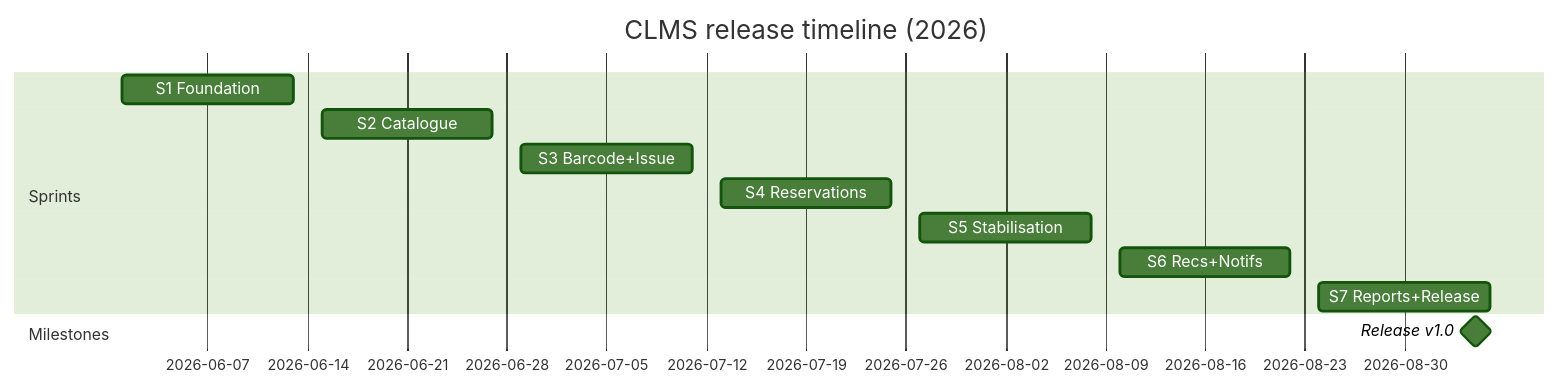
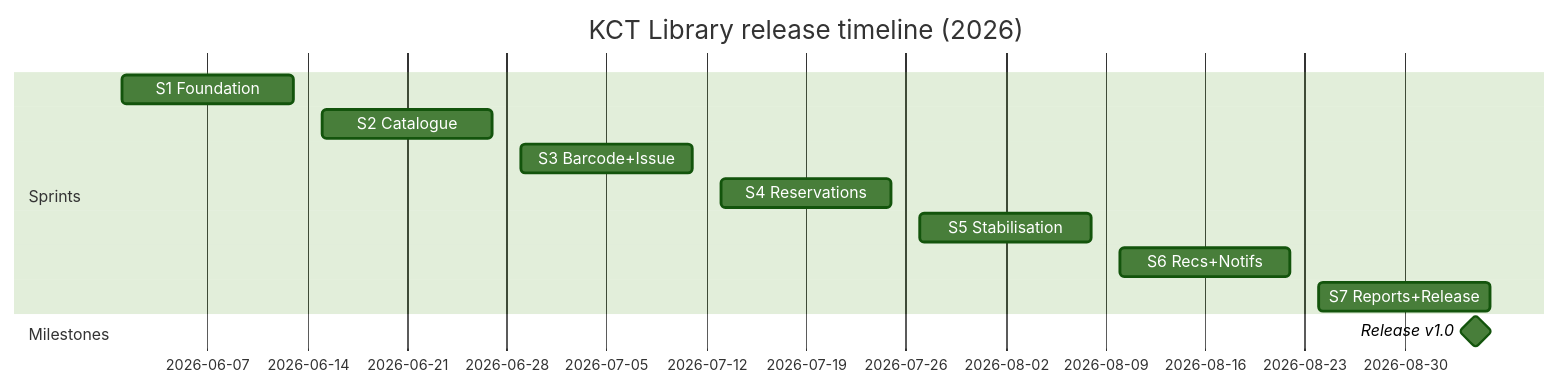
One commit to nidhish28guhan-netizen/kct-library changed the second of 2 diagrams in docs/unit-2-agile-practices-and-project-management.md. Above: the diagram before and after it, drawn with Mermaid (forest theme). The commit also changed other lines of this file and 77 other files, not shown here.

First line of the commit message:
feat: wipe library data to clean slate, rebrand CLMS -> KCT Library

````diff
--- a/docs/unit-2-agile-practices-and-project-management.md
+++ b/docs/unit-2-agile-practices-and-project-management.md
@@ -215,15 +215,15 @@
 ```mermaid
 gantt
   dateFormat YYYY-MM-DD
-  title CLMS release timeline (2026)
+  title KCT Library release timeline (2026)
   section Sprints
   S1 Foundation        :s1, 2026-06-01, 12d
   S2 Catalogue         :s2, 2026-06-15, 12d
   S3 Barcode+Issue     :s3, 2026-06-29, 12d
   S4 Reservations      :s4, 2026-07-13, 12d
   S5 Stabilisation     :s5, 2026-07-27, 12d
   S6 Recs+Notifs       :s6, 2026-08-10, 12d
   S7 Reports+Release   :s7, 2026-08-24, 12d
   section Milestones
   Release v1.0         :milestone, 2026-09-04, 0d
 ```
````
